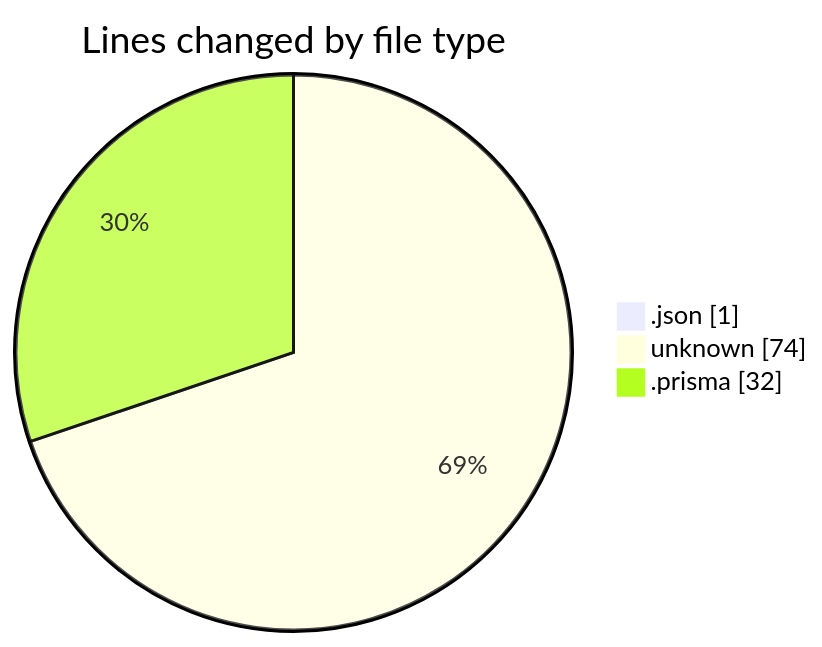
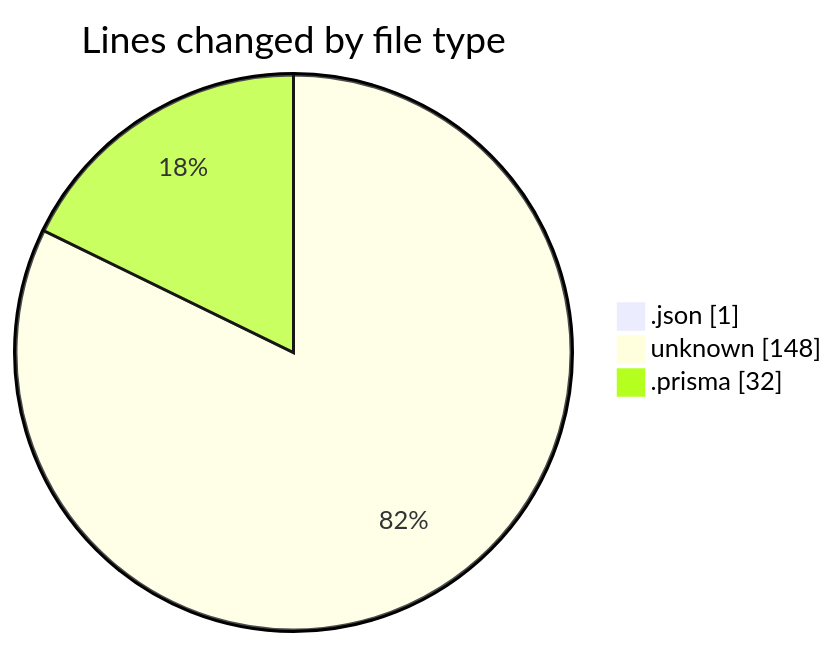
One commit to momahboobian/code-tracking changed the first of 2 diagrams in 2025-01-23/good-pr/README.md. Above: the diagram before and after it, drawn with Mermaid. The commit also changed other lines of this file and 1 other file, not shown here.

````diff
--- a/2025-01-23/good-pr/README.md
+++ b/2025-01-23/good-pr/README.md
@@ -22,7 +23,7 @@
 ```mermaid
 pie showData
 title Lines changed by file type
 ".json" : 1
-"unknown" : 74
+"unknown" : 148
 ".prisma" : 32
 ```
````
